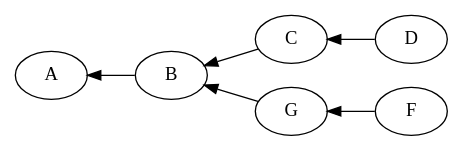
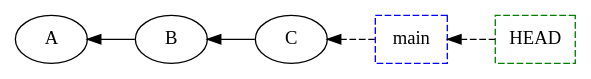
The second of 7 diagrams in 03-version-control/docs/02-branchs.md (pythoncanarias/eoi), drawn with Graphviz before and after one commit. The commit also changed other lines of this file, not shown here.

````diff
--- a/03-version-control/docs/02-branchs.md
+++ b/03-version-control/docs/02-branchs.md
@@ -7,10 +32,11 @@
 ```dot
     digraph G {
+        main [shape = box color=blue style=dashed]
+        HEAD [shape = box color=green style=dashed]
         graph [rankdir = RL];
-        D -> C
-        C -> B
-        B -> A
-        F -> G
-        G -> B
+        B -> A;
+        C -> B;
+        main -> C [style=dashed];
+        HEAD -> main [style=dashed];
     }
 ```
````
